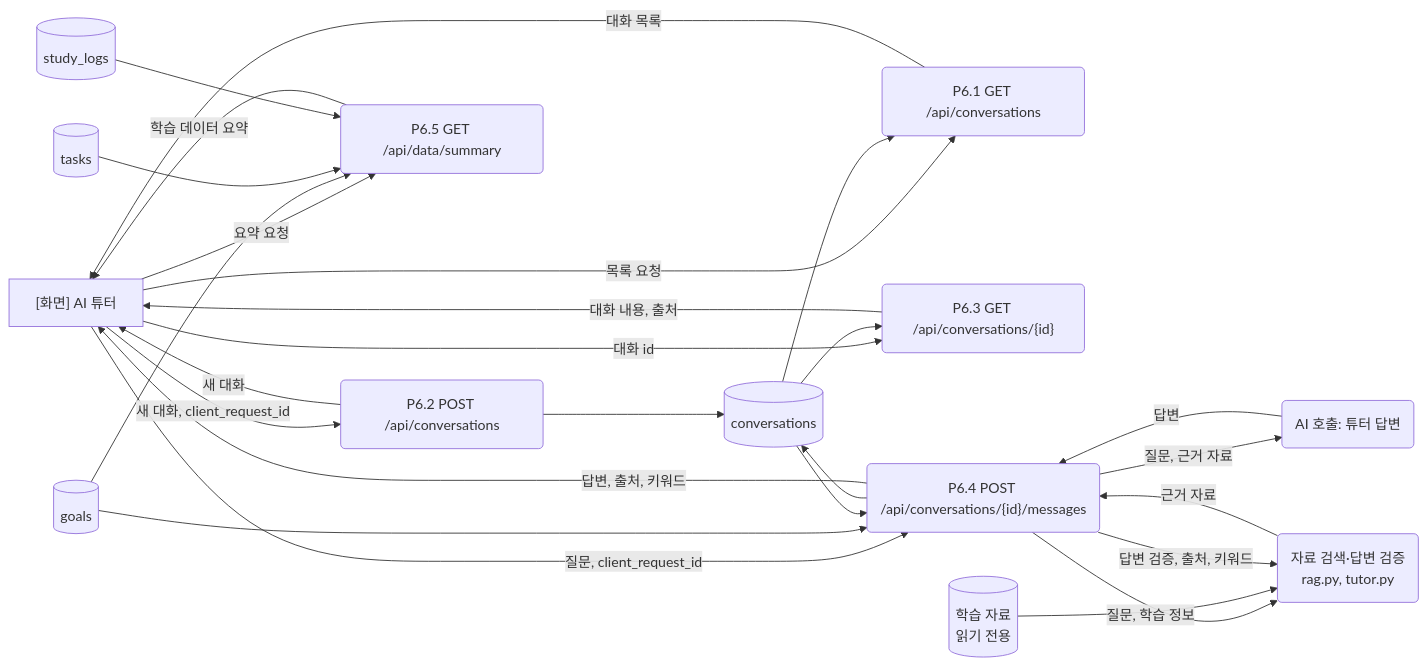
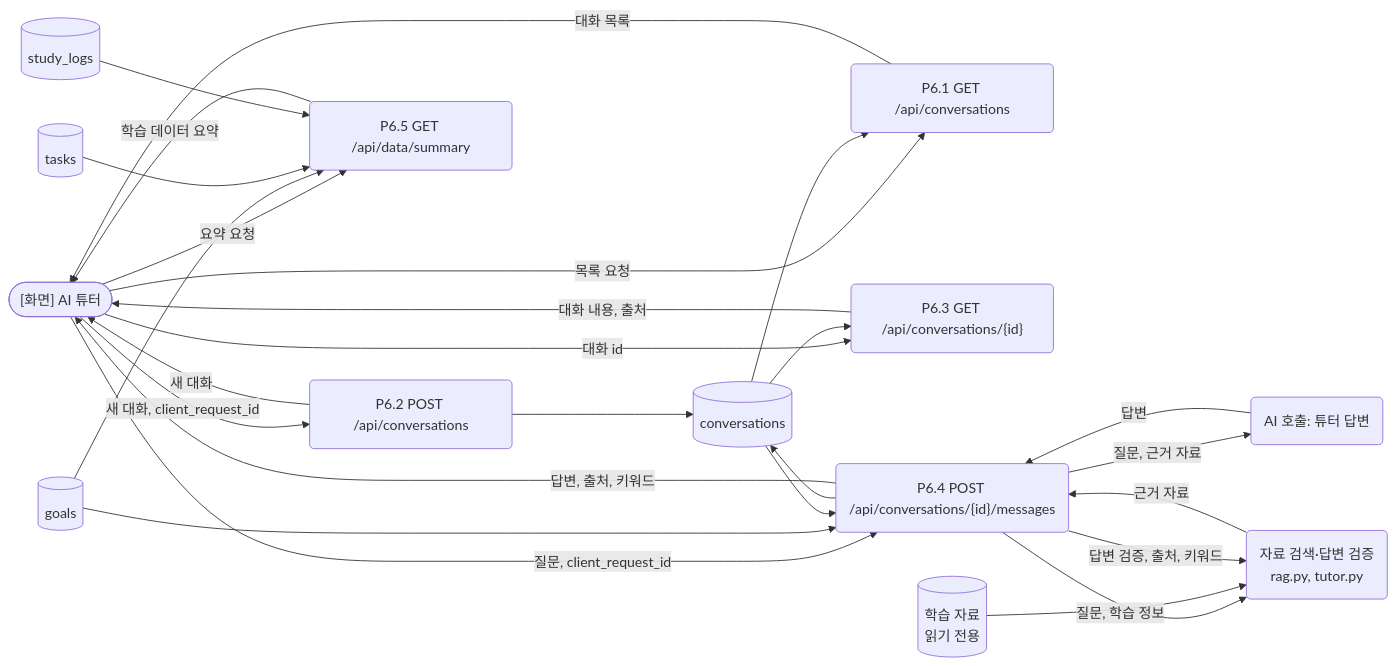
One commit to yong05610/ai-n-fprj changed the ninth of 12 diagrams in docs/architecture_dfd.md. Above: the diagram before and after it, drawn with Mermaid. The commit also changed other lines of this file, not shown here.

````diff
--- a/docs/architecture_dfd.md
+++ b/docs/architecture_dfd.md
@@ -357,42 +357,42 @@
 ```mermaid
 flowchart LR
-    S["[화면] AI 튜터"]
+    S(["[화면] AI 튜터"])
     P61("P6.1 GET /api/conversations")
     P62("P6.2 POST /api/conversations")
     P63("P6.3 GET /api/conversations/{id}")
     P64("P6.4 POST /api/conversations/{id}/messages")
     P65("P6.5 GET /api/data/summary")
     AI("AI 호출: 튜터 답변")
     RG("자료 검색·답변 검증<br/>rag.py, tutor.py")
     DC[("conversations")]
     DG[("goals")]
     DT[("tasks")]
     DL[("study_logs")]
     DD[("학습 자료<br/>읽기 전용")]
 
     S -->|"목록 요청"| P61
     DC --> P61
     P61 -->|"대화 목록"| S
     S -->|"새 대화, client_request_id"| P62
     P62 --> DC
     P62 -->|"새 대화"| S
     S -->|"대화 id"| P63
     DC --> P63
     P63 -->|"대화 내용, 출처"| S
     S -->|"질문, client_request_id"| P64
     DG --> P64
     DC --> P64
     P64 -->|"질문, 학습 정보"| RG
     DD --> RG
     RG -->|"근거 자료"| P64
     P64 -->|"질문, 근거 자료"| AI
     AI -->|"답변"| P64
     P64 -->|"답변 검증, 출처, 키워드"| RG
     P64 --> DC
     P64 -->|"답변, 출처, 키워드"| S
     S -->|"요약 요청"| P65
     DG --> P65
     DT --> P65
     DL --> P65
     P65 -->|"학습 데이터 요약"| S
 ```
````
